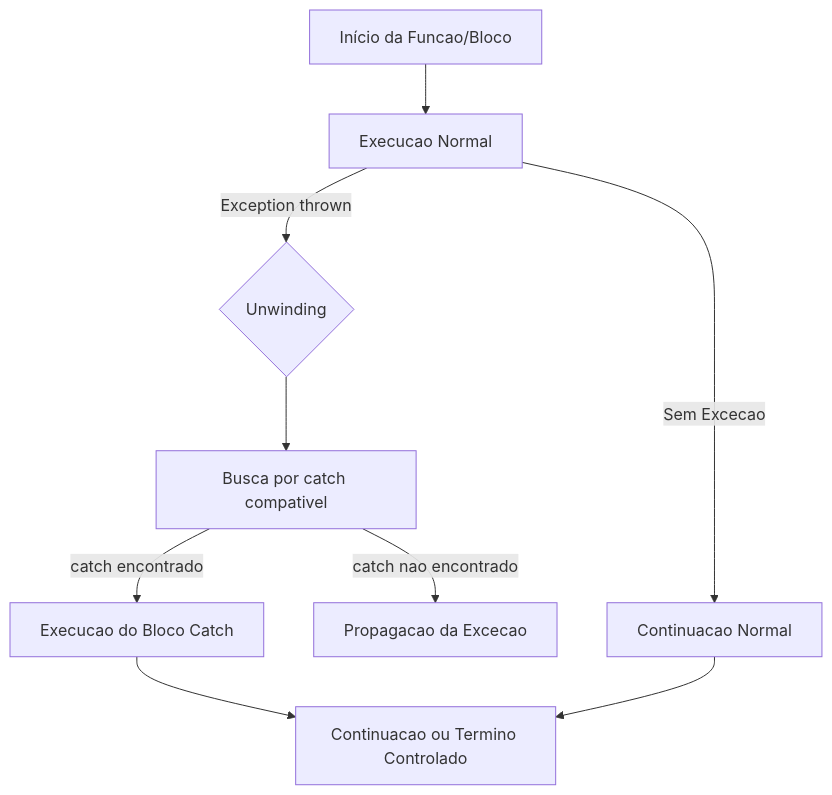
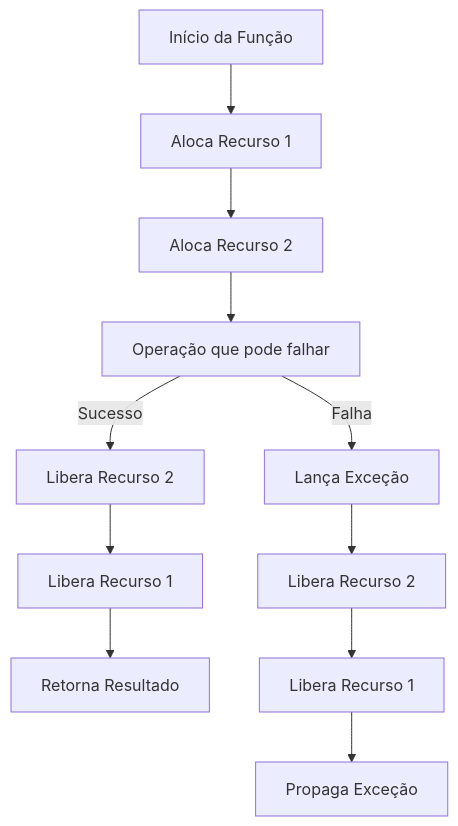
Before and after one commit to scovl/scovl.github.io: the fourth of 9 diagrams in blog/content/post/trycatch.md, drawn with Mermaid. The commit also changed other lines of this file and 19 other files, not shown here.

````diff
--- a/blog/content/post/trycatch.md
+++ b/blog/content/post/trycatch.md
@@ -940,11 +1194,13 @@
 ```mermaid
 graph TD
-    A[Início da Funcao/Bloco] --> B[Execucao Normal]
-    B -->|Exception thrown| C{Unwinding}
-    C --> D[Busca por catch compativel]
-    B -->|Sem Excecao| E[Continuacao Normal]
-    D -->|catch encontrado| F[Execucao do Bloco Catch]
-    D -->|catch nao encontrado| G[Propagacao da Excecao]
-    F --> H[Continuacao ou Termino Controlado]
-    E --> H
+    A[Início da Função] --> B[Aloca Recurso 1]
+    B --> C[Aloca Recurso 2]
+    C --> D[Operação que pode falhar]
+    D -->|Sucesso| E[Libera Recurso 2]
+    E --> F[Libera Recurso 1]
+    F --> G[Retorna Resultado]
+    D -->|Falha| H[Lança Exceção]
+    H --> I[Libera Recurso 2]
+    I --> J[Libera Recurso 1]
+    J --> K[Propaga Exceção]
 ```
````
